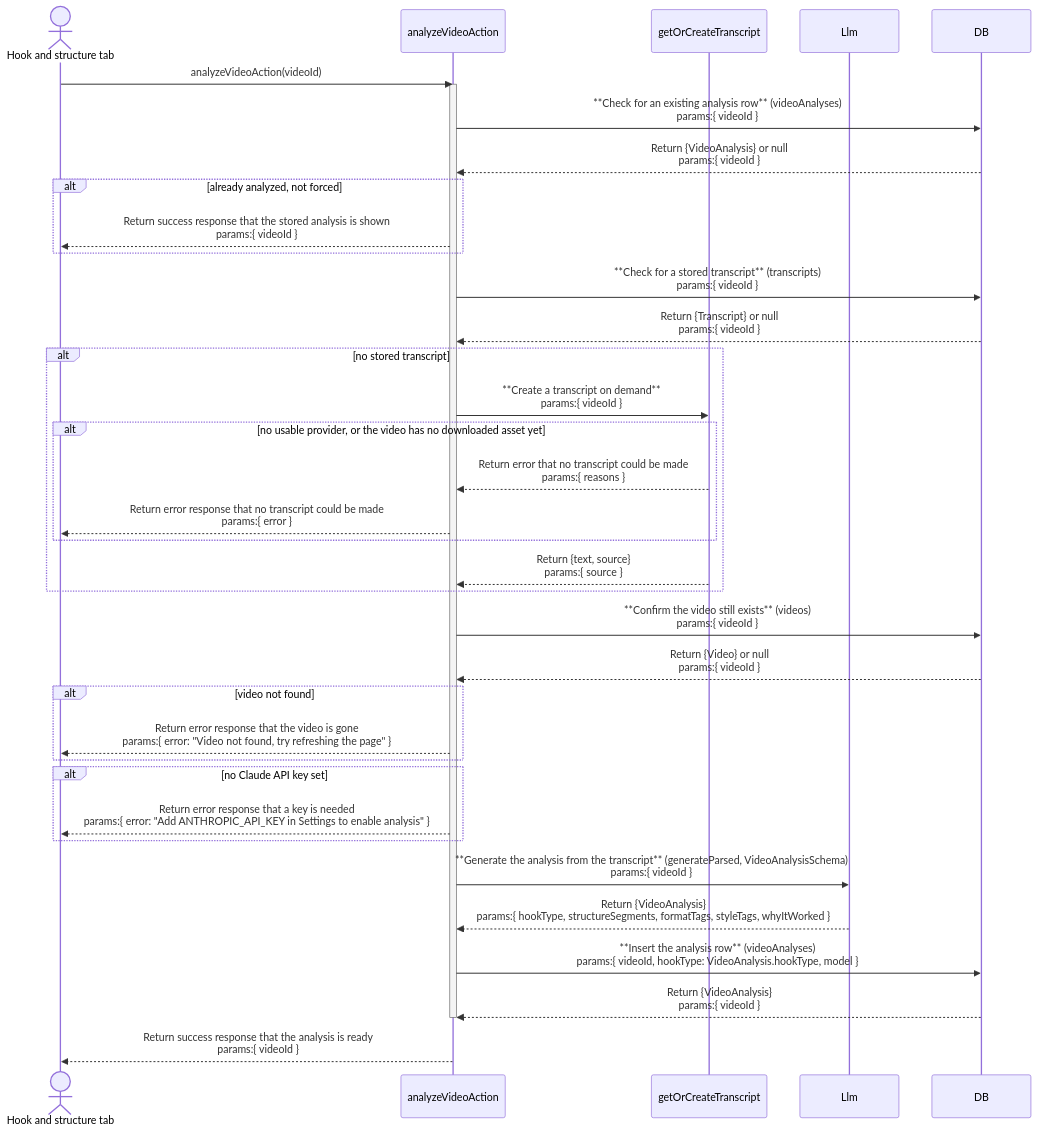
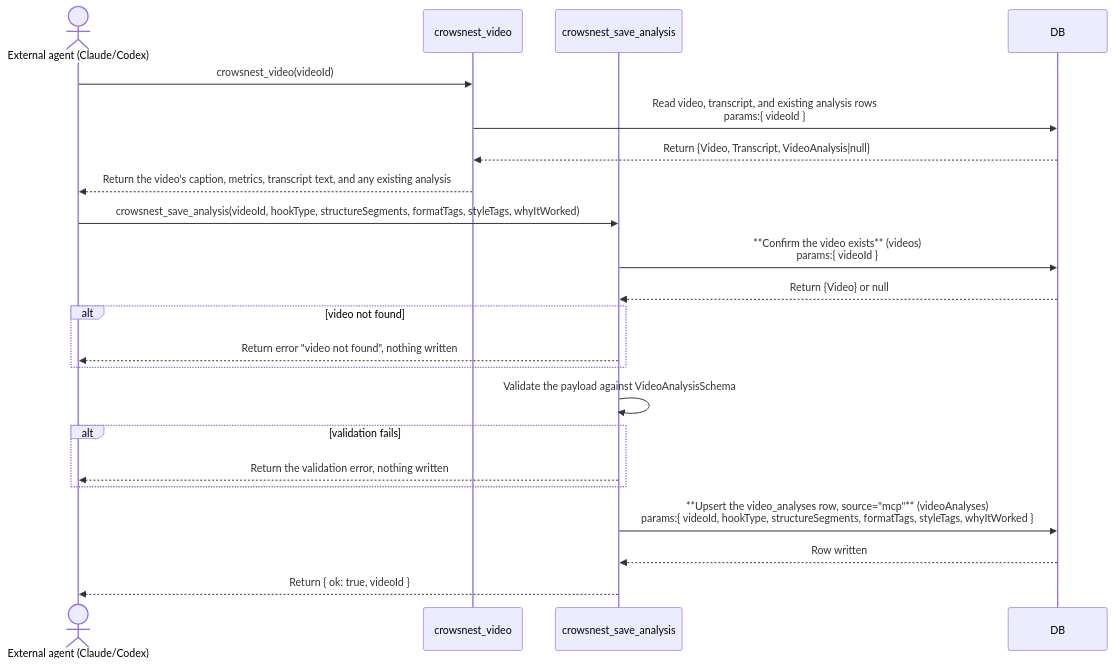
Before and after one commit to Kaiships-ai/crowsnest: the second of 2 diagrams in documents/architect/core-components/analyze/02-architecture.md, drawn with Mermaid. The commit also changed other lines of this file and 22 other files, not shown here.

````diff
--- a/documents/architect/core-components/analyze/02-architecture.md
+++ b/documents/architect/core-components/analyze/02-architecture.md
@@ -99,40 +96,26 @@
 ```mermaid
 sequenceDiagram
-    actor UI as Hook and structure tab
-    participant Action as analyzeVideoAction
-    participant Transcribe as getOrCreateTranscript
-    participant Llm
+    actor Agent as External agent (Claude/Codex)
+    participant Video as crowsnest_video
+    participant Save as crowsnest_save_analysis
     participant DB
 
-    UI->>Action: analyzeVideoAction(videoId)
-    activate Action
-    Action->>DB: **Check for an existing analysis row** (videoAnalyses)<br/>params:{ videoId }
-    DB-->>Action: Return {VideoAnalysis} or null<br/>params:{ videoId }
-    alt already analyzed, not forced
-        Action-->>UI: Return success response that the stored analysis is shown<br/>params:{ videoId }
+    Agent->>Video: crowsnest_video(videoId)
+    Video->>DB: Read video, transcript, and existing analysis rows<br/>params:{ videoId }
+    DB-->>Video: Return {Video, Transcript, VideoAnalysis|null}
+    Video-->>Agent: Return the video's caption, metrics, transcript text, and any existing analysis
+
+    Agent->>Save: crowsnest_save_analysis(videoId, hookType, structureSegments, formatTags, styleTags, whyItWorked)
+    Save->>DB: **Confirm the video exists** (videos)<br/>params:{ videoId }
+    DB-->>Save: Return {Video} or null
+    alt video not found
+        Save-->>Agent: Return error "video not found", nothing written
     end
-    Action->>DB: **Check for a stored transcript** (transcripts)<br/>params:{ videoId }
-    DB-->>Action: Return {Transcript} or null<br/>params:{ videoId }
-    alt no stored transcript
-        Action->>Transcribe: **Create a transcript on demand**<br/>params:{ videoId }
-        alt no usable provider, or the video has no downloaded asset yet
-            Transcribe-->>Action: Return error that no transcript could be made<br/>params:{ reasons }
-            Action-->>UI: Return error response that no transcript could be made<br/>params:{ error }
-        end
-        Transcribe-->>Action: Return {text, source}<br/>params:{ source }
+    Save->>Save: Validate the payload against VideoAnalysisSchema
+    alt validation fails
+        Save-->>Agent: Return the validation error, nothing written
     end
-    Action->>DB: **Confirm the video still exists** (videos)<br/>params:{ videoId }
-    DB-->>Action: Return {Video} or null<br/>params:{ videoId }
-    alt video not found
-        Action-->>UI: Return error response that the video is gone<br/>params:{ error: "Video not found, try refreshing the page" }
-    end
-    alt no Claude API key set
-        Action-->>UI: Return error response that a key is needed<br/>params:{ error: "Add ANTHROPIC_API_KEY in Settings to enable analysis" }
-    end
-    Action->>Llm: **Generate the analysis from the transcript** (generateParsed, VideoAnalysisSchema)<br/>params:{ videoId }
-    Llm-->>Action: Return {VideoAnalysis}<br/>params:{ hookType, structureSegments, formatTags, styleTags, whyItWorked }
-    Action->>DB: **Insert the analysis row** (videoAnalyses)<br/>params:{ videoId, hookType: VideoAnalysis.hookType, model }
-    DB-->>Action: Return {VideoAnalysis}<br/>params:{ videoId }
-    deactivate Action
-    Action-->>UI: Return success response that the analysis is ready<br/>params:{ videoId }
+    Save->>DB: **Upsert the video_analyses row, source="mcp"** (videoAnalyses)<br/>params:{ videoId, hookType, structureSegments, formatTags, styleTags, whyItWorked }
+    DB-->>Save: Row written
+    Save-->>Agent: Return { ok: true, videoId }
 ```
````
